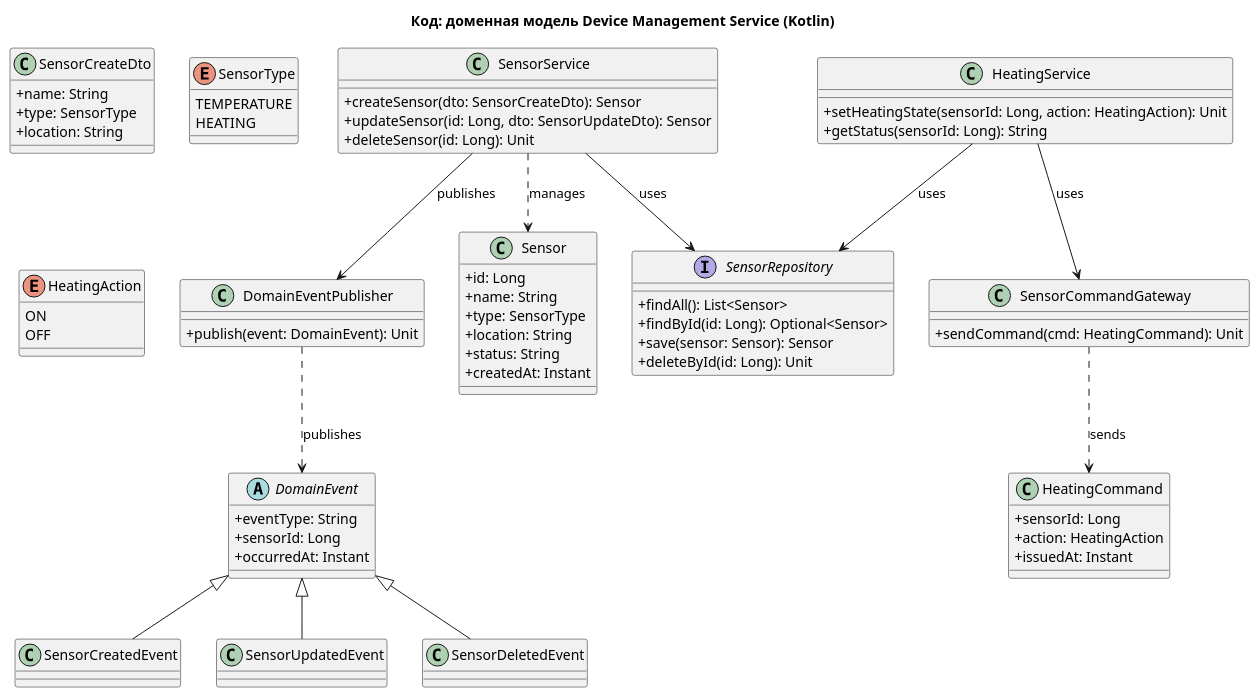
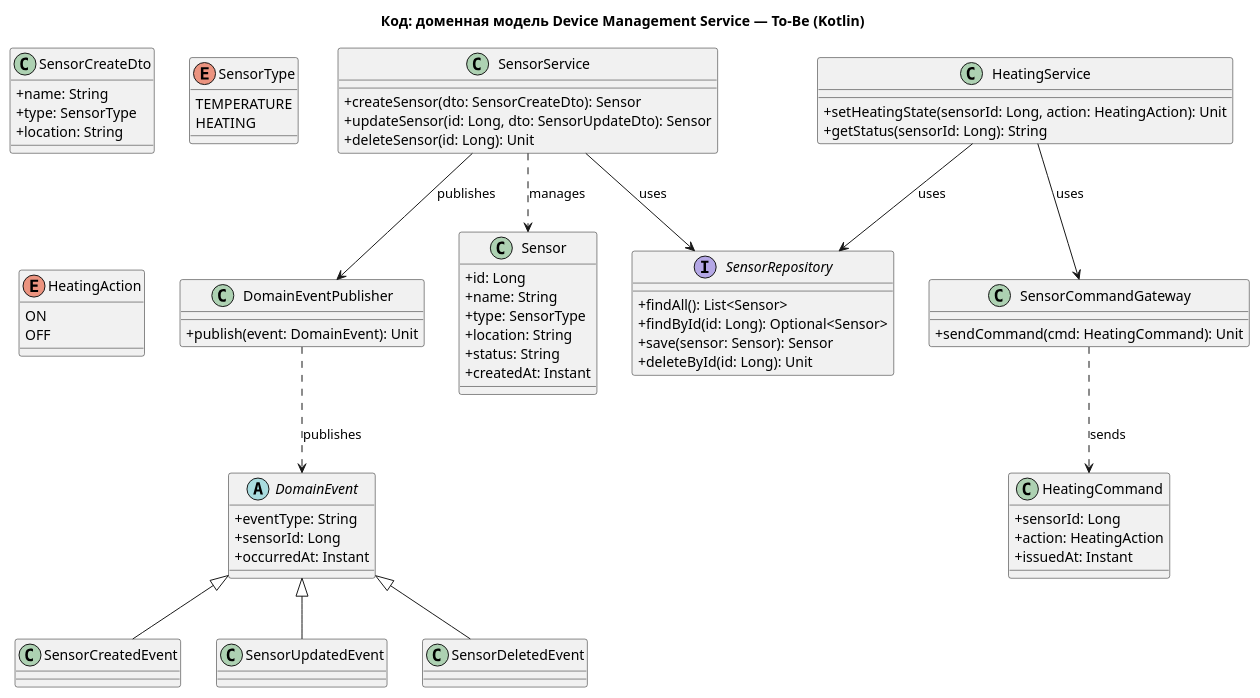
Before and after one commit to sergeybe1an/architecture-pro-warmhouse: the diagram in schemas/Code-DeviceManagementClasses.puml, drawn with PlantUML. The commit also changed 32 other files, not shown here.

```diff
--- a/schemas/Code-DeviceManagementClasses.puml
+++ b/schemas/Code-DeviceManagementClasses.puml
@@ -1,81 +1,81 @@
 @startuml
-title Код: доменная модель Device Management Service (Kotlin)
+title Код: доменная модель Device Management Service — To-Be (Kotlin)
 
 skinparam classAttributeIconSize 0
 
 class Sensor {
   +id: Long
   +name: String
   +type: SensorType
   +location: String
   +status: String
   +createdAt: Instant
 }
 
 class SensorCreateDto {
   +name: String
   +type: SensorType
   +location: String
 }
 
 class HeatingCommand {
   +sensorId: Long
   +action: HeatingAction
   +issuedAt: Instant
 }
 
 enum SensorType {
   TEMPERATURE
   HEATING
 }
 
 enum HeatingAction {
   ON
   OFF
 }
 
 class SensorService {
   +createSensor(dto: SensorCreateDto): Sensor
   +updateSensor(id: Long, dto: SensorUpdateDto): Sensor
   +deleteSensor(id: Long): Unit
 }
 
 class HeatingService {
   +setHeatingState(sensorId: Long, action: HeatingAction): Unit
   +getStatus(sensorId: Long): String
 }
 
 class SensorCommandGateway {
   +sendCommand(cmd: HeatingCommand): Unit
 }
 
 interface SensorRepository {
   +findAll(): List<Sensor>
   +findById(id: Long): Optional<Sensor>
   +save(sensor: Sensor): Sensor
   +deleteById(id: Long): Unit
 }
 
 class DomainEventPublisher {
   +publish(event: DomainEvent): Unit
 }
 
 abstract class DomainEvent {
   +eventType: String
   +sensorId: Long
   +occurredAt: Instant
 }
 
 class SensorCreatedEvent extends DomainEvent
 class SensorUpdatedEvent extends DomainEvent
 class SensorDeletedEvent extends DomainEvent
 
 SensorService --> SensorRepository : uses
 SensorService --> DomainEventPublisher : publishes
 HeatingService --> SensorRepository : uses
 HeatingService --> SensorCommandGateway : uses
 SensorCommandGateway ..> HeatingCommand : sends
 SensorService ..> Sensor : manages
 DomainEventPublisher ..> DomainEvent : publishes
 
 @enduml
```
